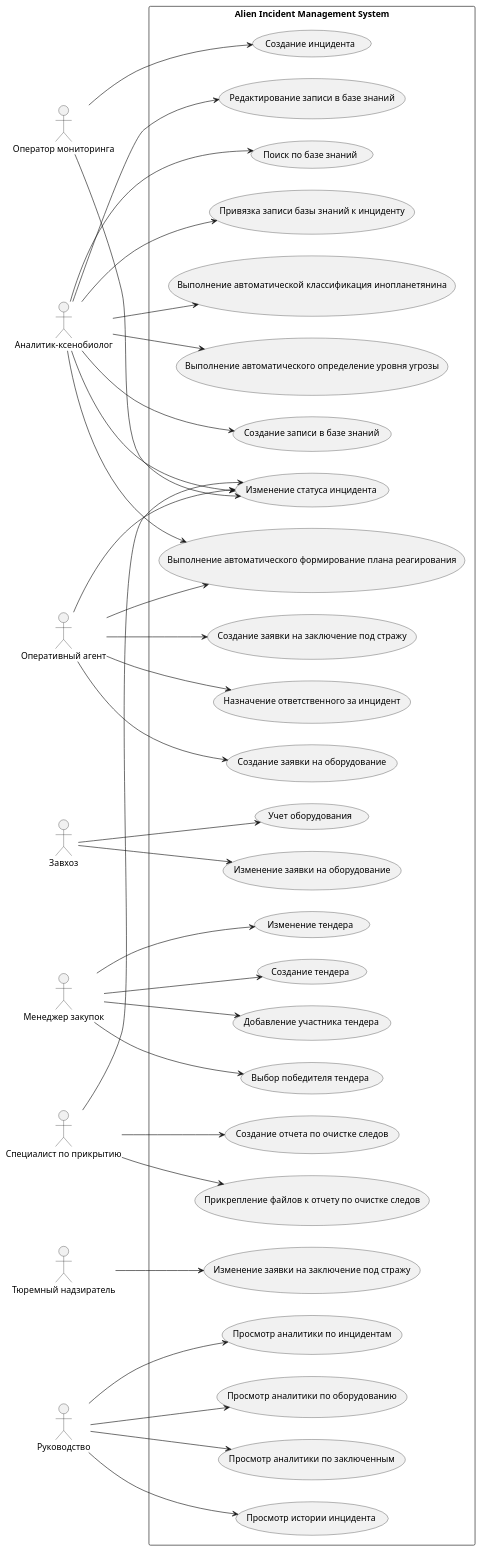
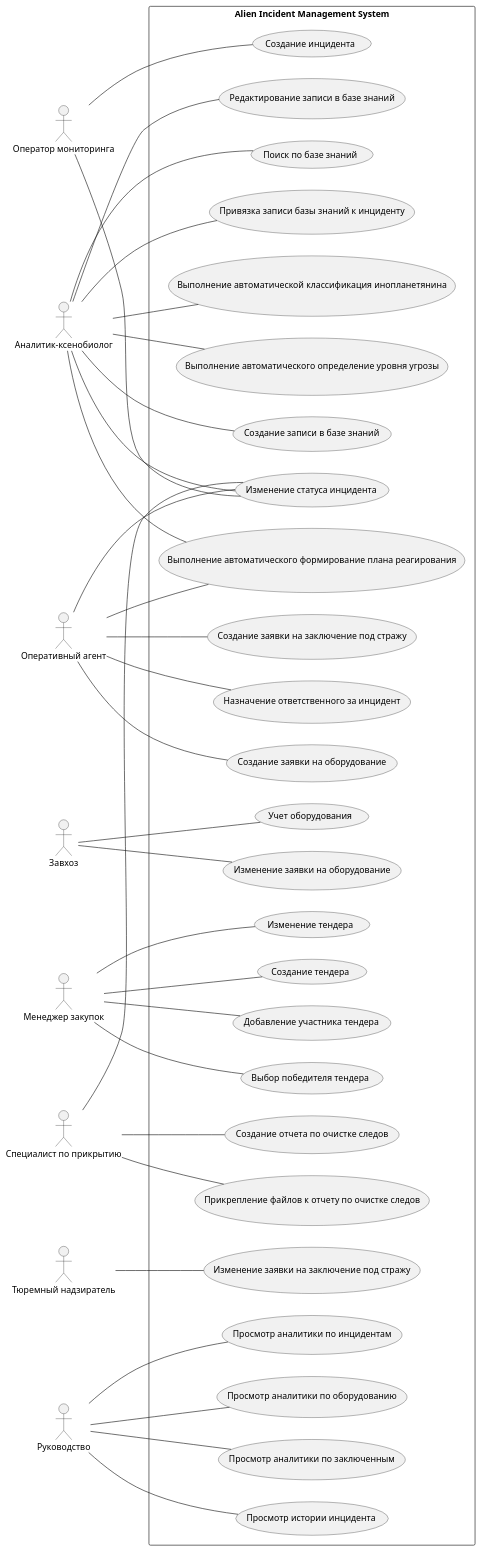
The diagram in UseCase.md (Andryss/AIMS), drawn with PlantUML before and after one commit.

```diff
--- a/UseCase.md
+++ b/UseCase.md
@@ -48,41 +48,41 @@
 (Выполнение автоматического формирование плана реагирования) as UC25
 }
 
-Operator --> UC1
-Operator --> UC2
+Operator -- UC1
+Operator -- UC2
 
-Analyst --> UC2
-Analyst --> UC5
-Analyst --> UC6
-Analyst --> UC7
-Analyst --> UC8
-Analyst --> UC23
-Analyst --> UC24
-Analyst --> UC25
+Analyst -- UC2
+Analyst -- UC5
+Analyst -- UC6
+Analyst -- UC7
+Analyst -- UC8
+Analyst -- UC23
+Analyst -- UC24
+Analyst -- UC25
 
-Agent --> UC2
-Agent --> UC3
-Agent --> UC9
-Agent --> UC16
-Agent --> UC25
+Agent -- UC2
+Agent -- UC3
+Agent -- UC9
+Agent -- UC16
+Agent -- UC25
 
-Storekeeper --> UC10
-Storekeeper --> UC11
+Storekeeper -- UC10
+Storekeeper -- UC11
 
-Procurement --> UC12
-Procurement --> UC13
-Procurement --> UC14
-Procurement --> UC15
+Procurement -- UC12
+Procurement -- UC13
+Procurement -- UC14
+Procurement -- UC15
 
-Guard --> UC17
+Guard -- UC17
 
-Cleaner --> UC2
-Cleaner --> UC18
-Cleaner --> UC19
+Cleaner -- UC2
+Cleaner -- UC18
+Cleaner -- UC19
 
-Management --> UC4
-Management --> UC20
-Management --> UC21
-Management --> UC22
+Management -- UC4
+Management -- UC20
+Management -- UC21
+Management -- UC22
 
 @enduml
```
